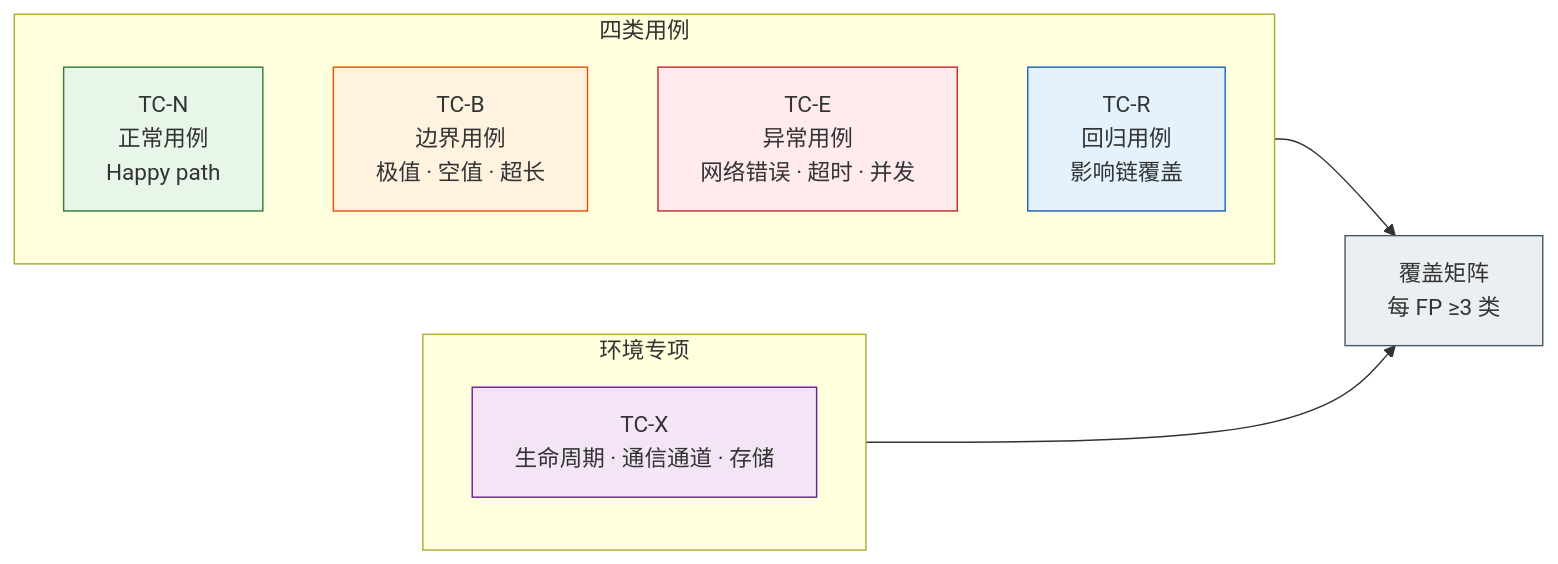
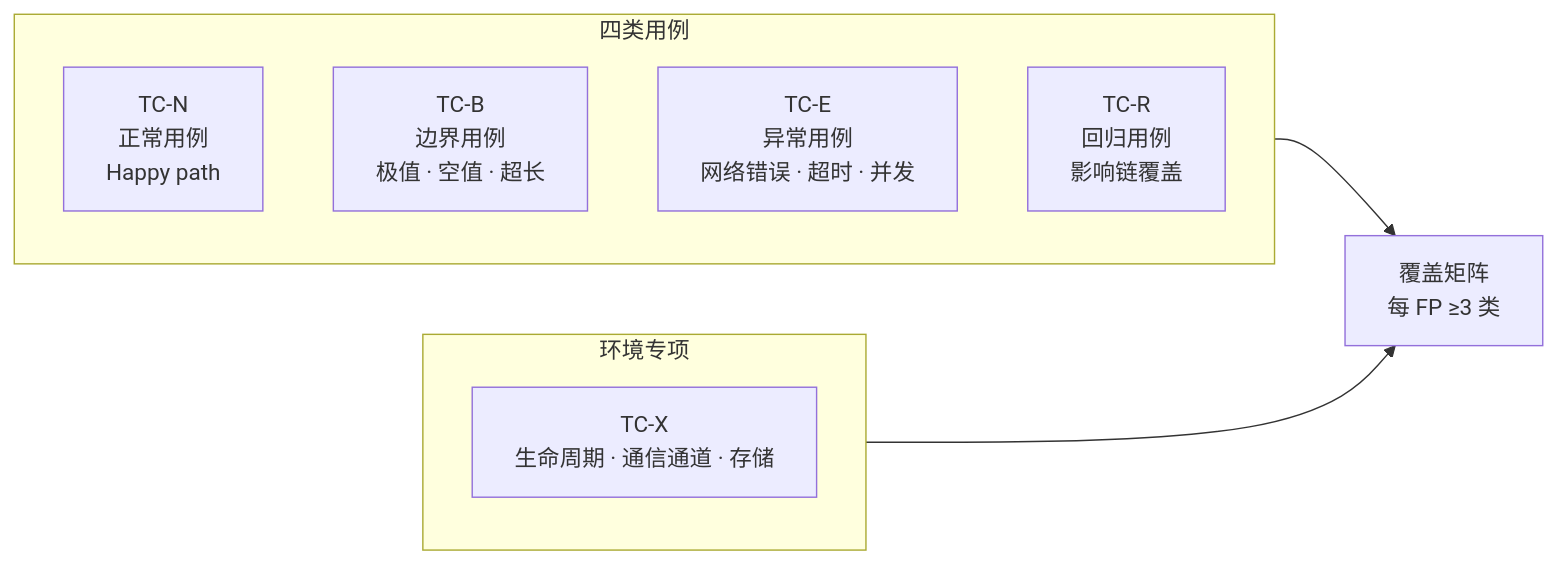
One commit to effiy/YrY changed the second of 7 diagrams in agents/tester.md. Above: the diagram before and after it, drawn with Mermaid. The commit also changed other lines of this file and 9 other files, not shown here.

````diff
--- a/agents/tester.md
+++ b/agents/tester.md
@@ -46,21 +41,15 @@
 ```mermaid
 flowchart LR
     subgraph 四类["四类用例"]
         TN["TC-N<br/>正常用例<br/>Happy path"]:::n
         TB["TC-B<br/>边界用例<br/>极值 · 空值 · 超长"]:::b
         TE["TC-E<br/>异常用例<br/>网络错误 · 超时 · 并发"]:::e
         TR["TC-R<br/>回归用例<br/>影响链覆盖"]:::r
     end
     subgraph 环境["环境专项"]
         TX["TC-X<br/>生命周期 · 通信通道 · 存储"]:::x
     end
     四类 --> MATRIX["覆盖矩阵<br/>每 FP ≥3 类"]:::out
     环境 --> MATRIX
 
-    classDef n fill:#e8f5e9,stroke:#2e7d32;
-    classDef b fill:#fff3e0,stroke:#e65100;
-    classDef e fill:#ffebee,stroke:#c62828;
-    classDef r fill:#e3f2fd,stroke:#1565c0;
-    classDef x fill:#f3e5f5,stroke:#6a1b9a;
-    classDef out fill:#eceff1,stroke:#455a64;
 ```
````
